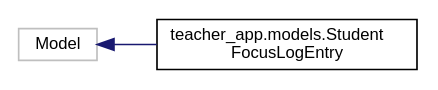
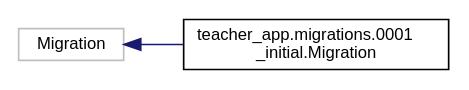
The diagram in inherit_graph_5.dot (amazonkaexpress/amazonka-doxygen), drawn with Graphviz before and after one commit. The commit also changed 48 other files, not shown here.

```diff
--- a/inherit_graph_5.dot
+++ b/inherit_graph_5.dot
@@ -1,10 +1,10 @@
 digraph "Graphical Class Hierarchy"
 {
  // LATEX_PDF_SIZE
   edge [fontname="Helvetica",fontsize="10",labelfontname="Helvetica",labelfontsize="10"];
   node [fontname="Helvetica",fontsize="10",shape=record];
   rankdir="LR";
-  Node8 [label="Model",height=0.2,width=0.4,color="grey75", fillcolor="white", style="filled",tooltip=" "];
-  Node8 -> Node0 [dir="back",color="midnightblue",fontsize="10",style="solid",fontname="Helvetica"];
-  Node0 [label="teacher_app.models.Student\lFocusLogEntry",height=0.2,width=0.4,color="black", fillcolor="white", style="filled",URL="$classteacher__app_1_1models_1_1StudentFocusLogEntry.html",tooltip=" "];
+  Node11 [label="Migration",height=0.2,width=0.4,color="grey75", fillcolor="white", style="filled",tooltip=" "];
+  Node11 -> Node0 [dir="back",color="midnightblue",fontsize="10",style="solid",fontname="Helvetica"];
+  Node0 [label="teacher_app.migrations.0001\l_initial.Migration",height=0.2,width=0.4,color="black", fillcolor="white", style="filled",URL="$classteacher__app_1_1migrations_1_10001__initial_1_1Migration.html",tooltip=" "];
 }
```
